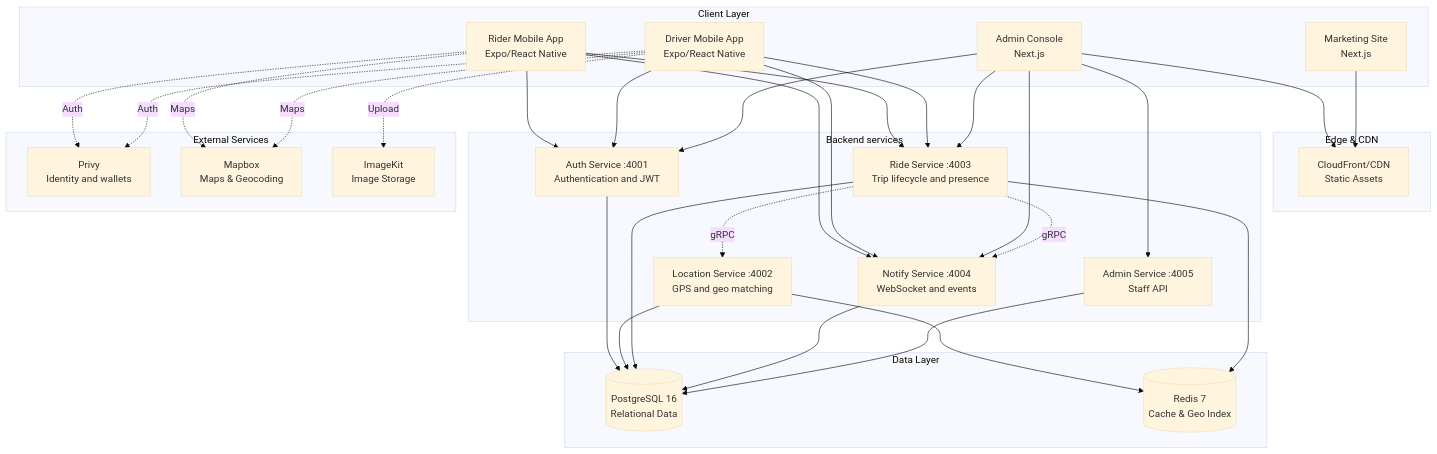
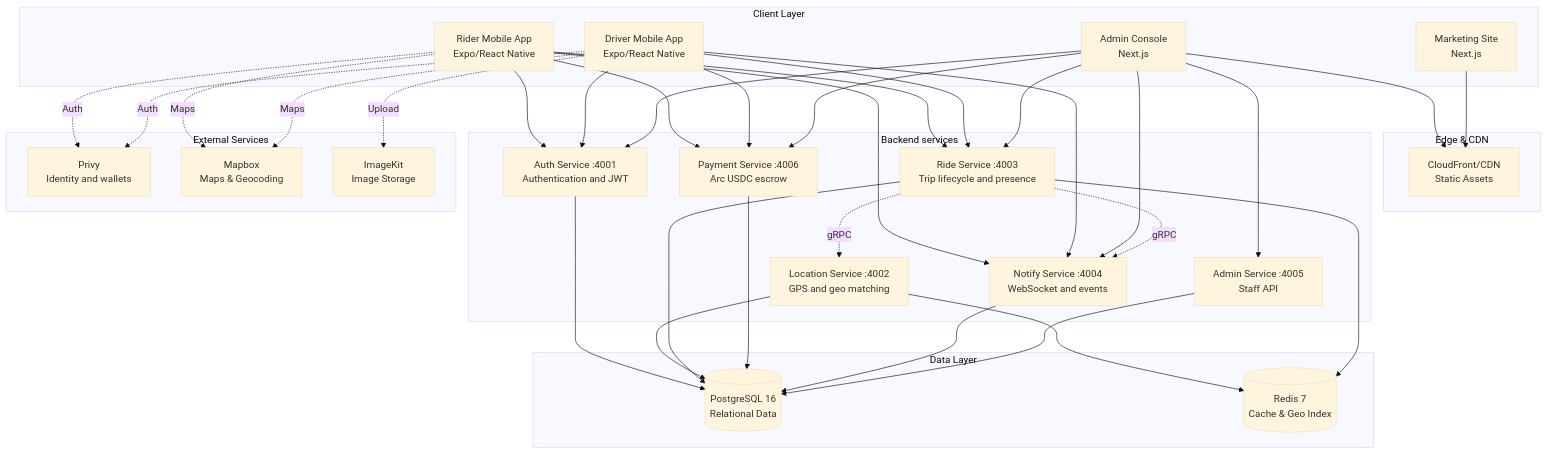
One commit to 13x54n/Eve changed the first of 11 diagrams in ARCHITECTURE.md. Above: the diagram before and after it, drawn with Mermaid (base theme). The commit also changed 17 other files, not shown here.

First line of the commit message:
Document payment service, Arc USDC escrow, and six-process layout

````diff
--- a/ARCHITECTURE.md
+++ b/ARCHITECTURE.md
@@ -34,63 +34,68 @@
 ```mermaid
 graph TB
     subgraph Clients["Client Layer"]
         RiderApp[Rider Mobile App<br/>Expo/React Native]
         DriverApp[Driver Mobile App<br/>Expo/React Native]
         AdminWeb[Admin Console<br/>Next.js]
         WWW[Marketing Site<br/>Next.js]
     end
 
     subgraph CDN["Edge & CDN"]
         CF[CloudFront/CDN<br/>Static Assets]
     end
 
     subgraph API["Backend services"]
         Auth[Auth Service :4001<br/>Authentication and JWT]
         Location[Location Service :4002<br/>GPS and geo matching]
         Ride[Ride Service :4003<br/>Trip lifecycle and presence]
         Notify[Notify Service :4004<br/>WebSocket and events]
         AdminApi[Admin Service :4005<br/>Staff API]
+        Payment[Payment Service :4006<br/>Arc USDC escrow]
     end
 
     subgraph DataLayer["Data Layer"]
         PG[(PostgreSQL 16<br/>Relational Data)]
         Redis[(Redis 7<br/>Cache & Geo Index)]
     end
 
     subgraph External["External Services"]
         Privy[Privy<br/>Identity and wallets]
         Mapbox[Mapbox<br/>Maps & Geocoding]
         ImageKit[ImageKit<br/>Image Storage]
     end
 
     RiderApp --> Auth
     RiderApp --> Ride
+    RiderApp --> Payment
     RiderApp --> Notify
     DriverApp --> Auth
     DriverApp --> Ride
+    DriverApp --> Payment
     DriverApp --> Notify
     AdminWeb --> Auth
     AdminWeb --> AdminApi
     AdminWeb --> Ride
+    AdminWeb --> Payment
     AdminWeb --> Notify
 
     Auth --> PG
     Location --> PG
     Location --> Redis
     Ride --> PG
     Ride --> Redis
+    Payment --> PG
     Notify --> PG
 
     Ride -.gRPC.-> Location
     Ride -.gRPC.-> Notify
     AdminApi --> PG
 
     RiderApp -.Auth.-> Privy
     DriverApp -.Auth.-> Privy
     RiderApp -.Maps.-> Mapbox
     DriverApp -.Maps.-> Mapbox
     DriverApp -.Upload.-> ImageKit
 
     AdminWeb --> CF
     WWW --> CF
 ```
````
